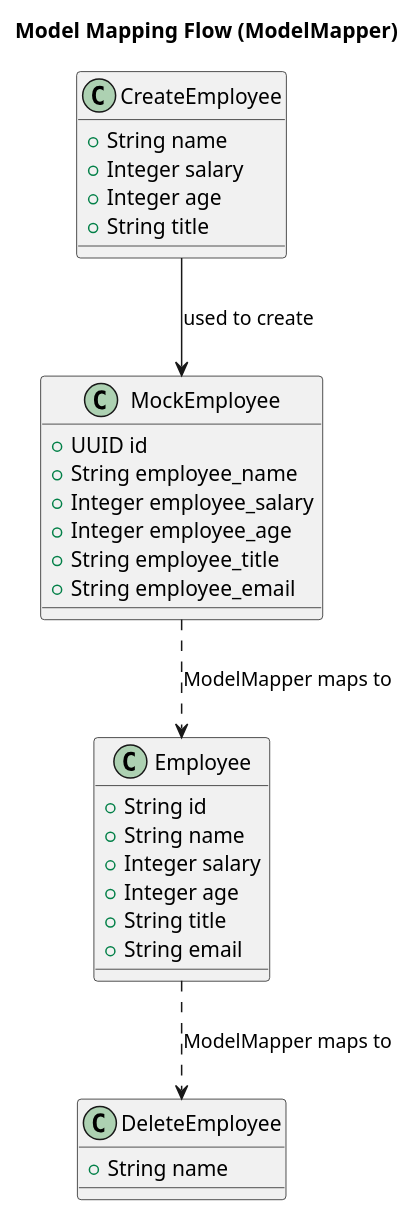
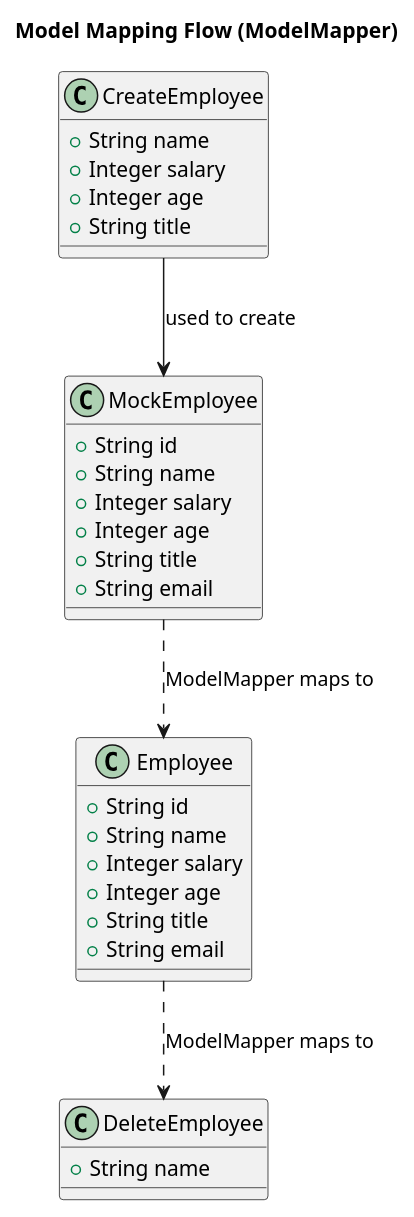
Before and after one commit to vaibhavdave/reliaquest: diagram 12 of 12 in flow.md, drawn with PlantUML. The commit also changed other lines of this file, not shown here.

Commit message:
Fix PlantUML diagram inaccuracies in flow.md
- Correct MockEmployee field names to match actual Java class (id, name, salary, age, title, email)
- Fix DELETE endpoint URL in sequence diagram (remove /{name} path parameter)
- Update rate limiter logic to match actual implementation using Instant.now().minus().isBefore/isAfter
- Remove extra semicolon from getAllEmployees() method reference

🤖 Generated with [Claude Code](https://claude.ai/code)

````diff
--- a/flow.md
+++ b/flow.md
@@ -394,39 +396,39 @@
 ```plantuml
 @startuml
 title Model Mapping Flow (ModelMapper)
 
 class MockEmployee {
-  + UUID id
-  + String employee_name
-  + Integer employee_salary
-  + Integer employee_age
-  + String employee_title
-  + String employee_email
+  + String id
+  + String name
+  + Integer salary
+  + Integer age
+  + String title
+  + String email
 }
 
 class Employee {
   + String id
   + String name
   + Integer salary
   + Integer age
   + String title
   + String email
 }
 
 class CreateEmployee {
   + String name
   + Integer salary
   + Integer age
   + String title
 }
 
 class DeleteEmployee {
   + String name
 }
 
 MockEmployee ..> Employee : ModelMapper maps to
 Employee ..> DeleteEmployee : ModelMapper maps to
 CreateEmployee --> MockEmployee : used to create
 
 @enduml
 ```
````
